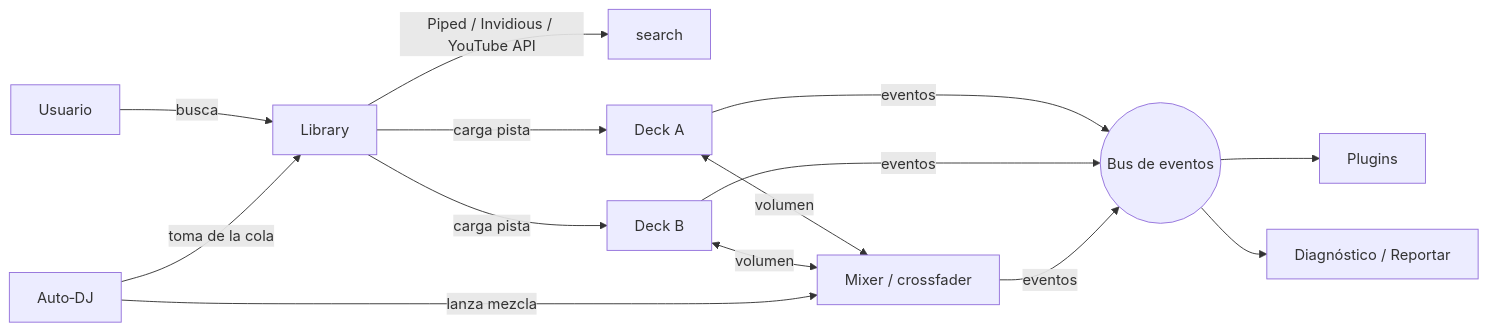
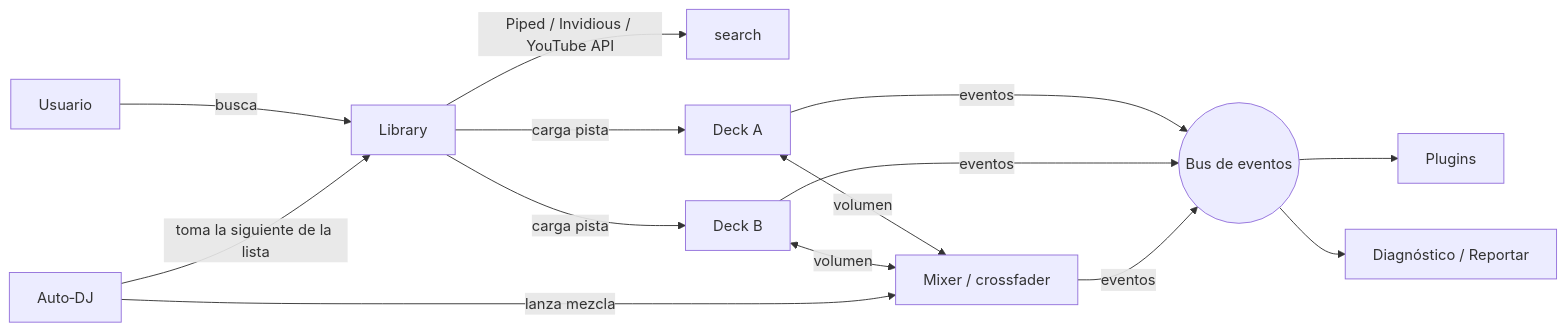
The diagram in ARCHITECTURE.md (Csav20/DjClaudeBrave), drawn with Mermaid before and after one commit. The commit also changed other lines of this file and 5 other files, not shown here.

````diff
--- a/ARCHITECTURE.md
+++ b/ARCHITECTURE.md
@@ -53,14 +53,14 @@
 ```mermaid
 flowchart LR
   U[Usuario] -->|busca| L[Library]
   L -->|Piped / Invidious / YouTube API| S[search]
   L -->|carga pista| DA[Deck A]
   L -->|carga pista| DB[Deck B]
   DA <-->|volumen| M[Mixer / crossfader]
   DB <-->|volumen| M
-  AD[Auto‑DJ] -->|toma de la cola| L
+  AD[Auto‑DJ] -->|toma la siguiente de la lista| L
   AD -->|lanza mezcla| M
   DA & DB & M -->|eventos| BUS((Bus de eventos))
   BUS --> P[Plugins]
   BUS --> R[Diagnóstico / Reportar]
 ```
````
